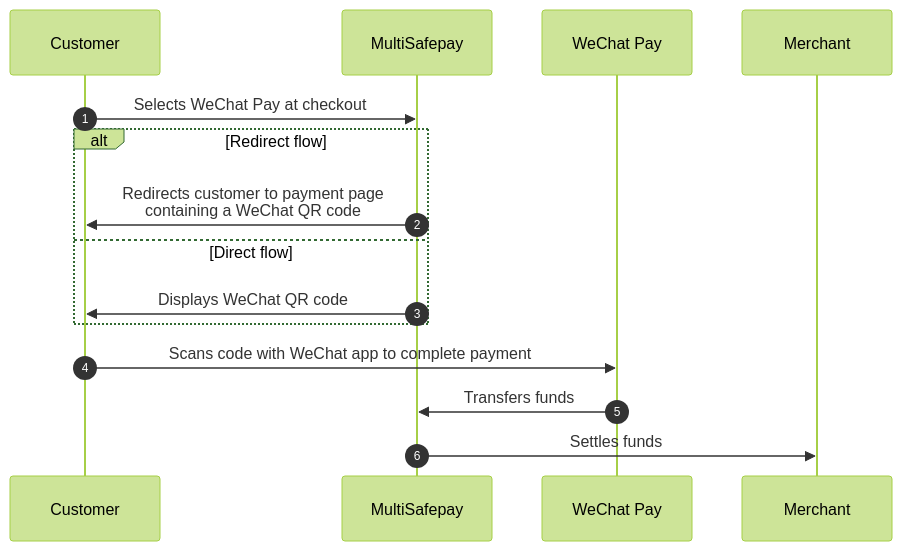
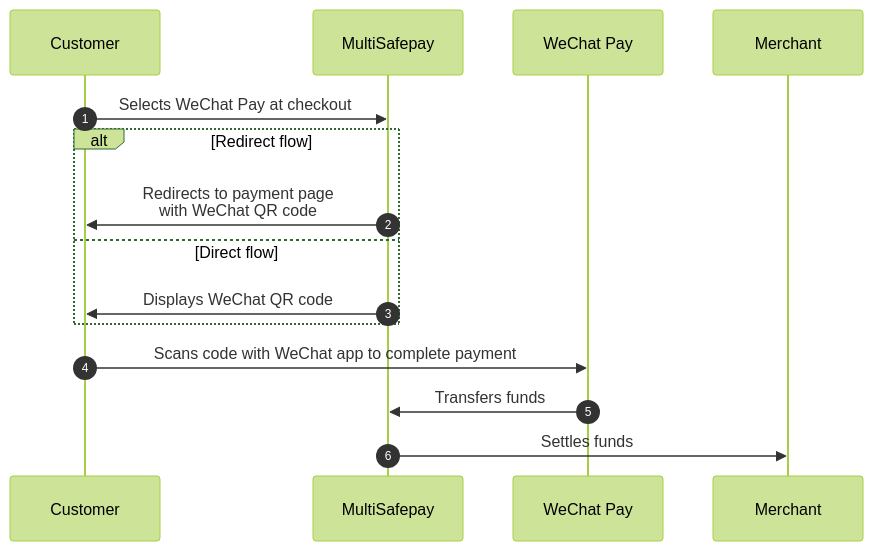
Before and after one commit to MultiSafepay/docs: the diagram in content/payments/methods/wallet/wechatpay/payment-flow.md, drawn with Mermaid (forest theme). The commit also changed other lines of this file and 35 other files, not shown here.

```diff
--- a/content/payments/methods/wallet/wechatpay/payment-flow.md
+++ b/content/payments/methods/wallet/wechatpay/payment-flow.md
@@ -15,20 +15,20 @@
 {{< mermaid class="text-center" >}}
 
 sequenceDiagram
     autonumber
     participant C as Customer
     participant Mu as MultiSafepay
     participant W as WeChat Pay
     participant Me as Merchant
 
     C->>Mu: Selects WeChat Pay at checkout
     alt Redirect flow
-    Mu->>C: Redirects customer to payment page <br> containing a WeChat QR code
+    Mu->>C: Redirects to payment page <br> with WeChat QR code
     else Direct flow
     Mu->>C: Displays WeChat QR code
     end
     C->>W: Scans code with WeChat app to complete payment 
     W->>Mu: Transfers funds 
     Mu->>Me: Settles funds
 
 {{< /mermaid >}}
```
